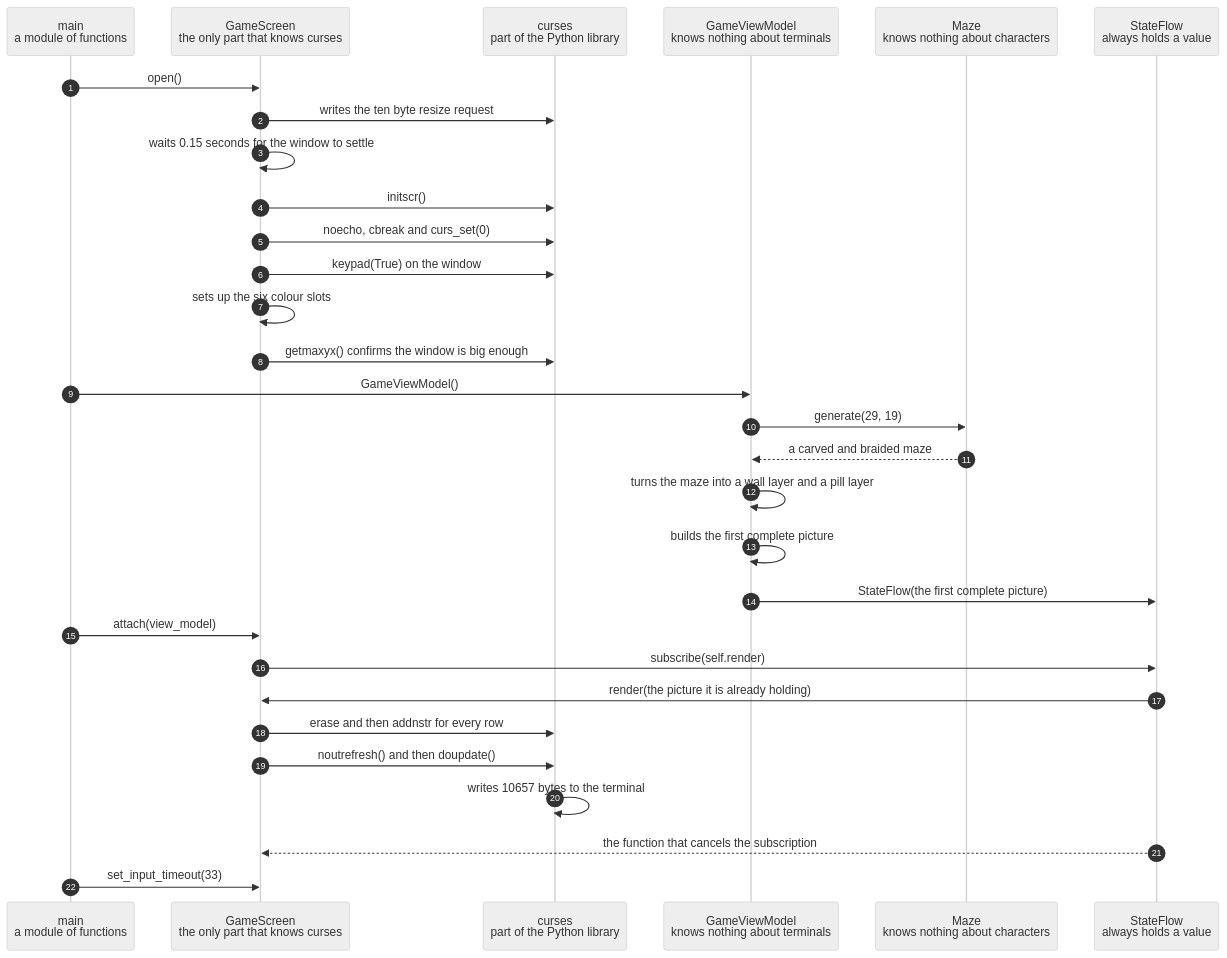
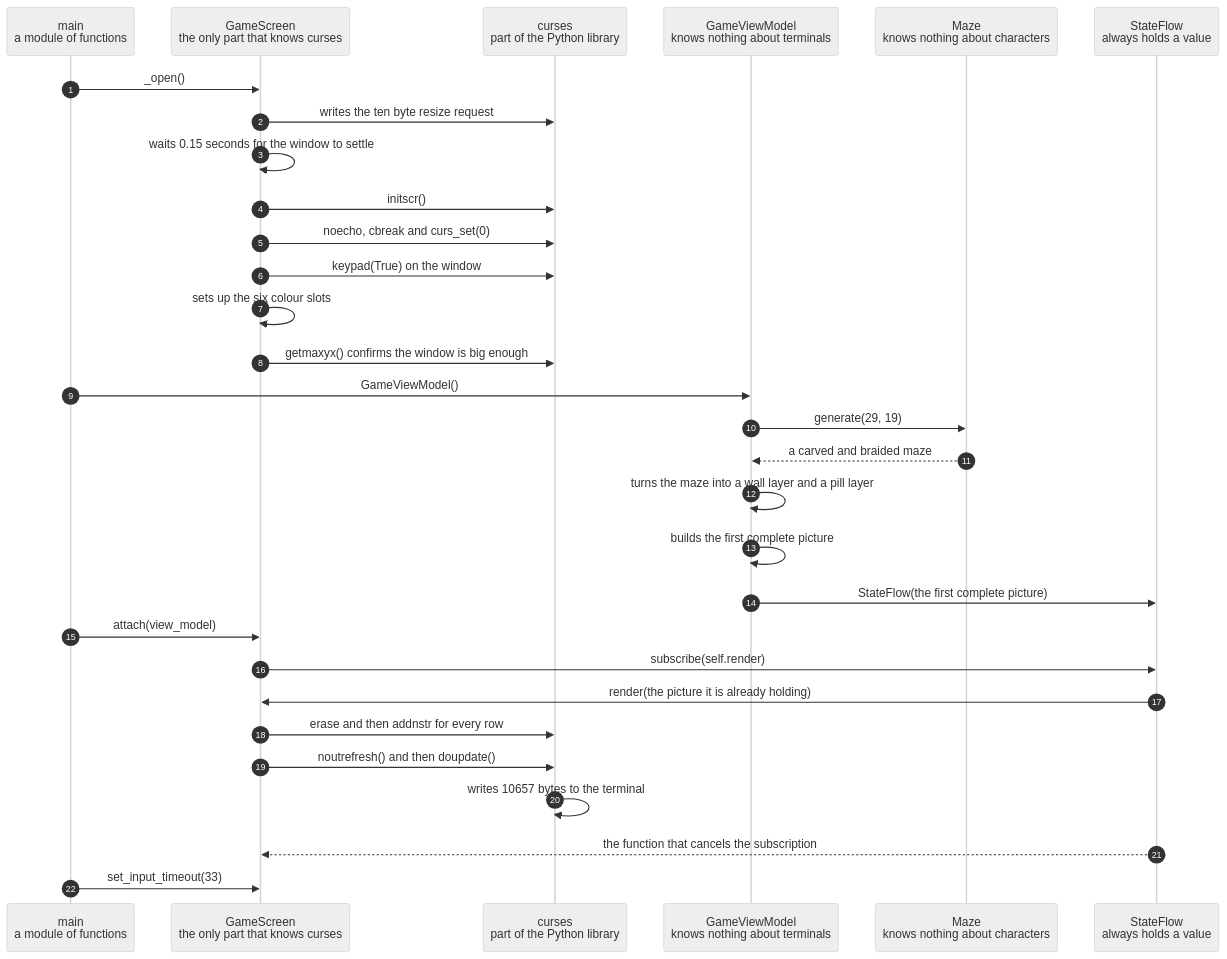
The diagram in docs/scenarios/the-first-frame-is-painted-when-the-screen-subscribes-to-the-view-model.md (replicant1/TerminalGame), drawn with Mermaid (neutral theme) before and after one commit. The commit also changed 10 other files, not shown here.

````diff
--- a/docs/scenarios/the-first-frame-is-painted-when-the-screen-subscribes-to-the-view-model.md
+++ b/docs/scenarios/the-first-frame-is-painted-when-the-screen-subscribes-to-the-view-model.md
@@ -42,33 +42,33 @@
 ```mermaid
 sequenceDiagram
     autonumber
     participant Main as main<br/>a module of functions
     participant Screen as GameScreen<br/>the only part that knows curses
     participant Curses as curses<br/>part of the Python library
     participant ViewModel as GameViewModel<br/>knows nothing about terminals
     participant Maze as Maze<br/>knows nothing about characters
     participant Flow as StateFlow<br/>always holds a value
 
-    Main->>Screen: open()
+    Main->>Screen: _open()
     Screen->>Curses: writes the ten byte resize request
     Screen->>Screen: waits 0.15 seconds for the window to settle
     Screen->>Curses: initscr()
     Screen->>Curses: noecho, cbreak and curs_set(0)
     Screen->>Curses: keypad(True) on the window
     Screen->>Screen: sets up the six colour slots
     Screen->>Curses: getmaxyx() confirms the window is big enough
     Main->>ViewModel: GameViewModel()
     ViewModel->>Maze: generate(29, 19)
     Maze-->>ViewModel: a carved and braided maze
     ViewModel->>ViewModel: turns the maze into a wall layer and a pill layer
     ViewModel->>ViewModel: builds the first complete picture
     ViewModel->>Flow: StateFlow(the first complete picture)
     Main->>Screen: attach(view_model)
     Screen->>Flow: subscribe(self.render)
     Flow->>Screen: render(the picture it is already holding)
     Screen->>Curses: erase and then addnstr for every row
     Screen->>Curses: noutrefresh() and then doupdate()
     Curses->>Curses: writes 10657 bytes to the terminal
     Flow-->>Screen: the function that cancels the subscription
     Main->>Screen: set_input_timeout(33)
 ```
````
